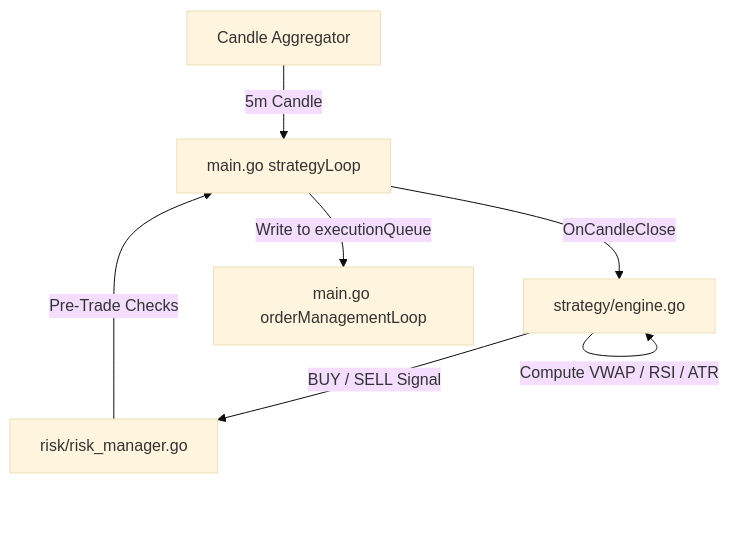
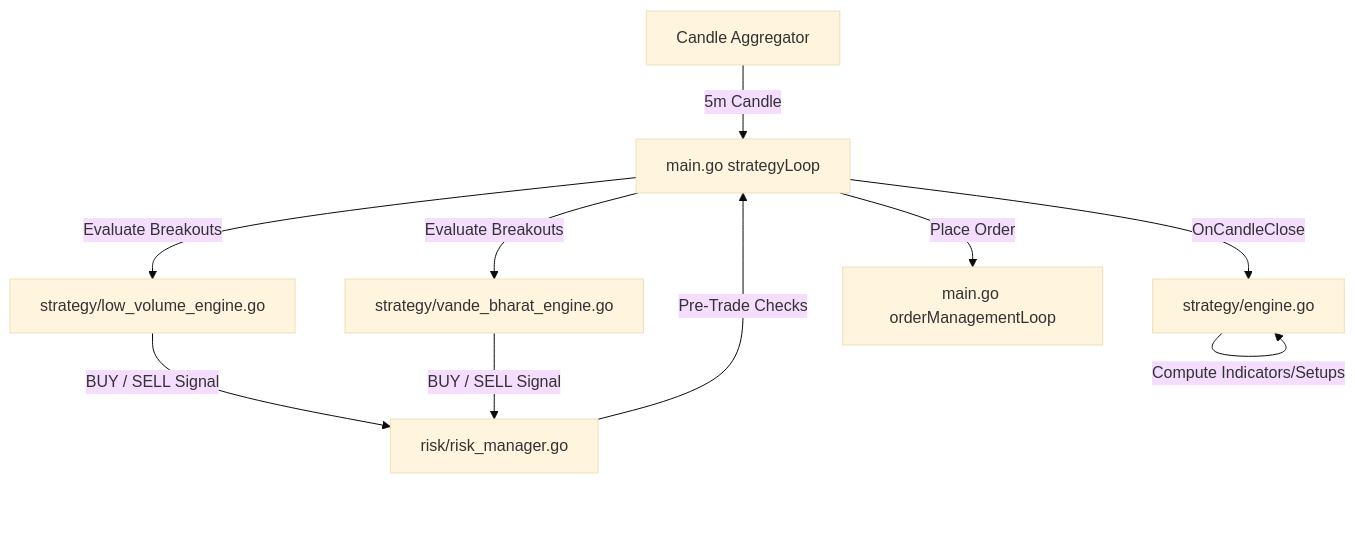
The third of 4 diagrams in ARCHITECTURE.md (vikash-chandra/zt), drawn with Mermaid (base theme) before and after one commit. The commit also changed other lines of this file and 11 other files, not shown here.

````diff
--- a/ARCHITECTURE.md
+++ b/ARCHITECTURE.md
@@ -106,9 +106,12 @@
 ```mermaid
 graph TD
     CA[Candle Aggregator] -->|5m Candle| SL[main.go strategyLoop]
     SL -->|OnCandleClose| SE[strategy/engine.go]
-    SE -->|Compute VWAP / RSI / ATR| SE
-    SE -->|BUY / SELL Signal| RM[risk/risk_manager.go]
+    SE -->|Compute Indicators/Setups| SE
+    SL -->|Evaluate Breakouts| LVE[strategy/low_volume_engine.go]
+    SL -->|Evaluate Breakouts| VBE[strategy/vande_bharat_engine.go]
+    LVE -->|BUY / SELL Signal| RM[risk/risk_manager.go]
+    VBE -->|BUY / SELL Signal| RM
     RM -->|Pre-Trade Checks| SL
-    SL -->|Write to executionQueue| OM[main.go orderManagementLoop]
+    SL -->|Place Order| OM[main.go orderManagementLoop]
 ```
````
